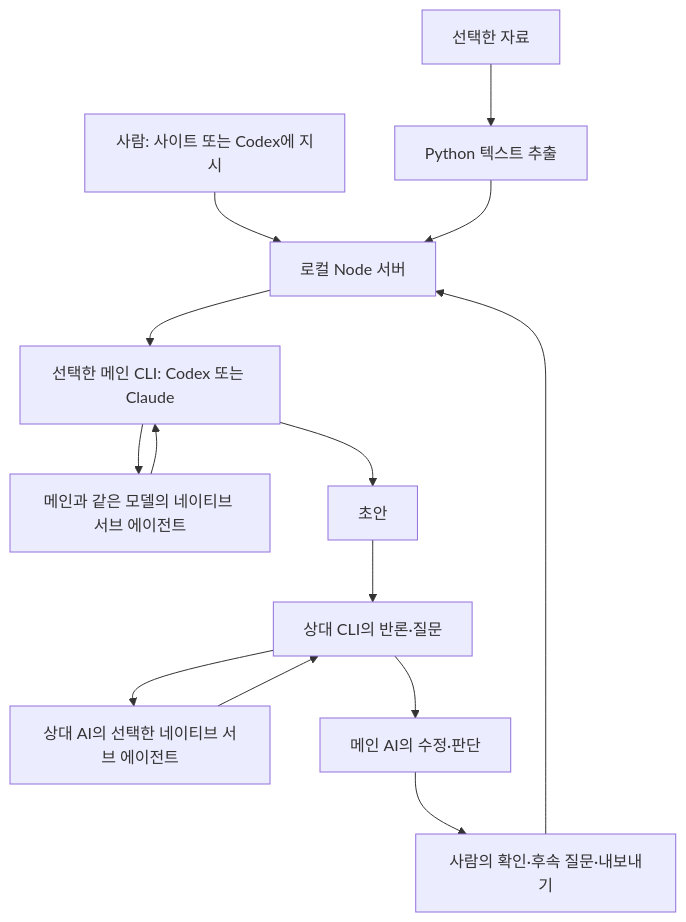
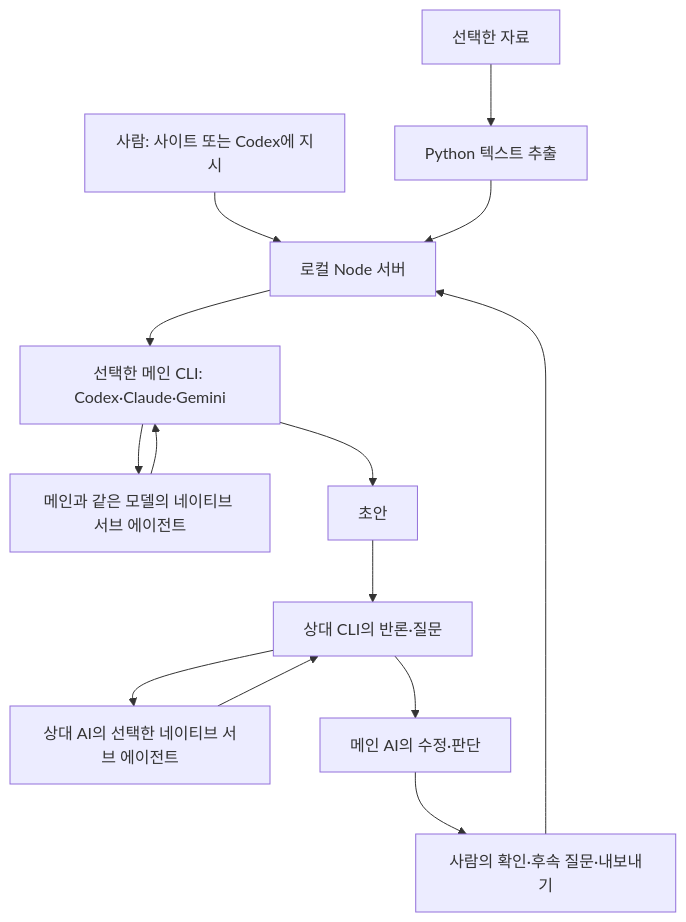
One commit to CodeplantEDU/codeplant_Attention changed the diagram in LECTURE_1/docs/전체_과정과_연결구조.md. Above: the diagram before and after it, drawn with Mermaid. The commit also changed other lines of this file and 18 other files, not shown here.

Commit message:
Add Gemini CLI integration and single-provider conversations

````diff
--- a/LECTURE_1/docs/전체_과정과_연결구조.md
+++ b/LECTURE_1/docs/전체_과정과_연결구조.md
@@ -16,16 +16,16 @@
 ```mermaid
 flowchart TD
     U[사람: 사이트 또는 Codex에 지시] --> L[로컬 Node 서버]
     F[선택한 자료] --> X[Python 텍스트 추출]
     X --> L
-    L --> M[선택한 메인 CLI: Codex 또는 Claude]
+    L --> M[선택한 메인 CLI: Codex·Claude·Gemini]
     M --> S[메인과 같은 모델의 네이티브 서브 에이전트]
     S --> M
     M --> D[초안]
     D --> P[상대 CLI의 반론·질문]
     P --> PS[상대 AI의 선택한 네이티브 서브 에이전트]
     PS --> P
     P --> R[메인 AI의 수정·판단]
     R --> H[사람의 확인·후속 질문·내보내기]
     H --> L
 ```
````
